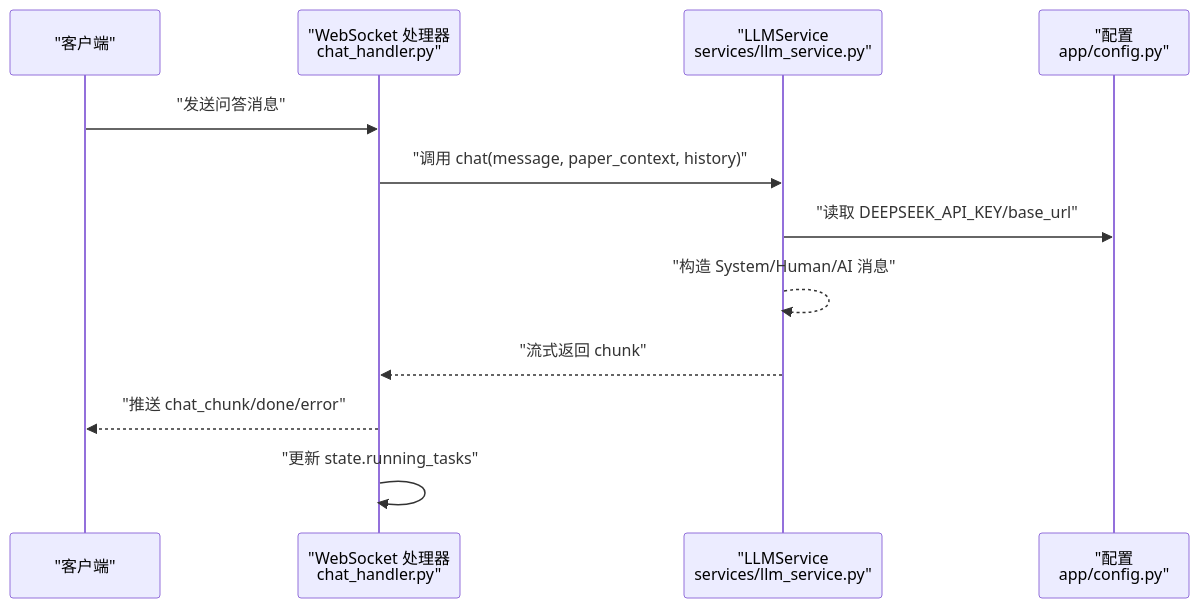
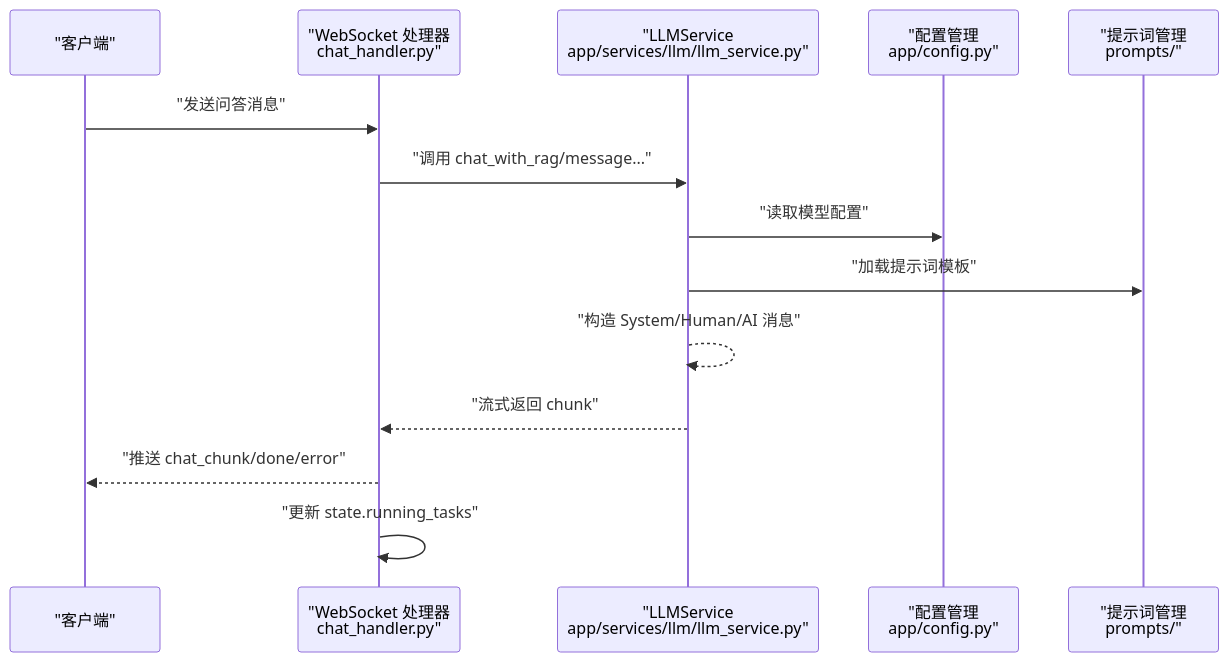
Before and after one commit to laohanhahaha/PaperChat: the second of 8 diagrams in .qoder/repowiki/zh/content/后端系统/业务服务层/LLM 服务.md, drawn with Mermaid. The commit also changed other lines of this file and 8 other files, not shown here.

````diff
--- a/.qoder/repowiki/zh/content/后端系统/业务服务层/LLM 服务.md
+++ b/.qoder/repowiki/zh/content/后端系统/业务服务层/LLM 服务.md
@@ -112,14 +120,16 @@
 ```mermaid
 sequenceDiagram
 participant Client as "客户端"
 participant WS as "WebSocket 处理器<br/>chat_handler.py"
-participant LLM as "LLMService<br/>services/llm_service.py"
-participant CFG as "配置<br/>app/config.py"
+participant LLM as "LLMService<br/>app/services/llm/llm_service.py"
+participant Config as "配置管理<br/>app/config.py"
+participant Prompts as "提示词管理<br/>prompts/"
 Client->>WS : "发送问答消息"
-WS->>LLM : "调用 chat(message, paper_context, history)"
-LLM->>CFG : "读取 DEEPSEEK_API_KEY/base_url"
+WS->>LLM : "调用 chat_with_rag/message..."
+LLM->>Config : "读取模型配置"
+LLM->>Prompts : "加载提示词模板"
 LLM-->>LLM : "构造 System/Human/AI 消息"
 LLM-->>WS : "流式返回 chunk"
 WS-->>Client : "推送 chat_chunk/done/error"
 WS->>WS : "更新 state.running_tasks"
 ```
````
